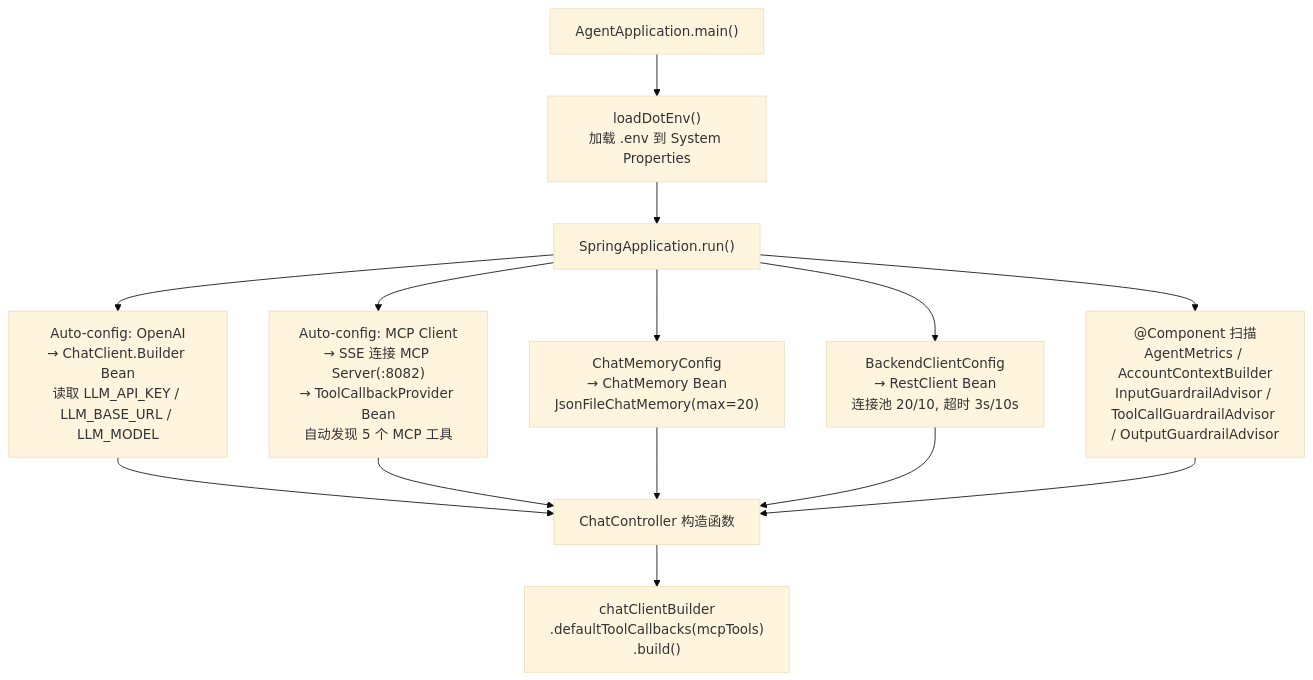
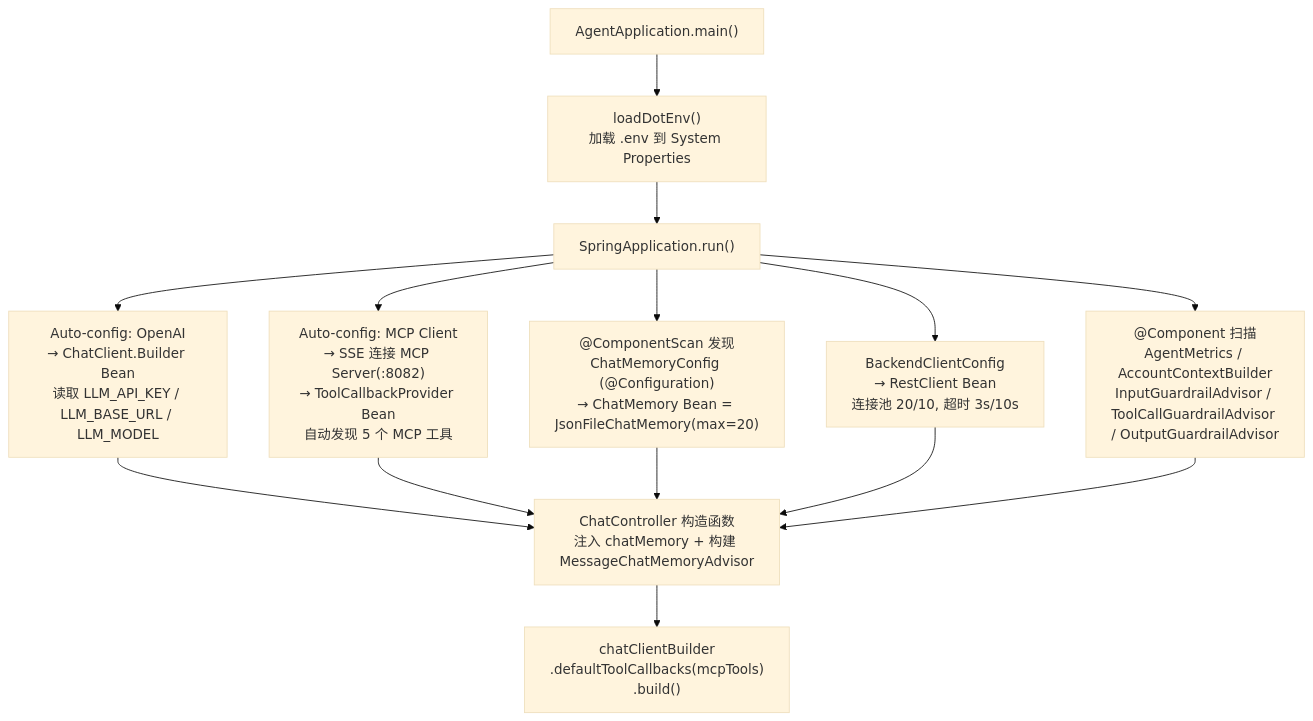
Before and after one commit to reallyhwc/test-learn-agent: the second of 3 diagrams in docs/CODE_GUIDE.md, drawn with Mermaid (base theme). The commit also changed other lines of this file and 1 other file, not shown here.

````diff
--- a/docs/CODE_GUIDE.md
+++ b/docs/CODE_GUIDE.md
@@ -88,19 +88,19 @@
 ```mermaid
 graph TB
     MAIN["AgentApplication.main()"] --> ENV["loadDotEnv()<br/>加载 .env 到 System Properties"]
     ENV --> BOOT["SpringApplication.run()"]
 
     BOOT --> AC1["Auto-config: OpenAI<br/>→ ChatClient.Builder Bean<br/>读取 LLM_API_KEY / LLM_BASE_URL / LLM_MODEL"]
     BOOT --> AC2["Auto-config: MCP Client<br/>→ SSE 连接 MCP Server(:8082)<br/>→ ToolCallbackProvider Bean<br/>自动发现 5 个 MCP 工具"]
-    BOOT --> B1["ChatMemoryConfig<br/>→ ChatMemory Bean<br/>JsonFileChatMemory(max=20)"]
+    BOOT --> B1["@ComponentScan 发现<br/>ChatMemoryConfig (@Configuration)<br/>→ ChatMemory Bean = JsonFileChatMemory(max=20)"]
     BOOT --> B2["BackendClientConfig<br/>→ RestClient Bean<br/>连接池 20/10, 超时 3s/10s"]
     BOOT --> B3["@Component 扫描<br/>AgentMetrics / AccountContextBuilder<br/>InputGuardrailAdvisor / ToolCallGuardrailAdvisor / OutputGuardrailAdvisor"]
 
-    AC1 --> CC["ChatController 构造函数"]
+    AC1 --> CC["ChatController 构造函数<br/>注入 chatMemory + 构建 MessageChatMemoryAdvisor"]
     AC2 --> CC
     B1 --> CC
     B2 --> CC
     B3 --> CC
 
     CC --> BUILD["chatClientBuilder<br/>.defaultToolCallbacks(mcpTools)<br/>.build()"]
 ```
````
